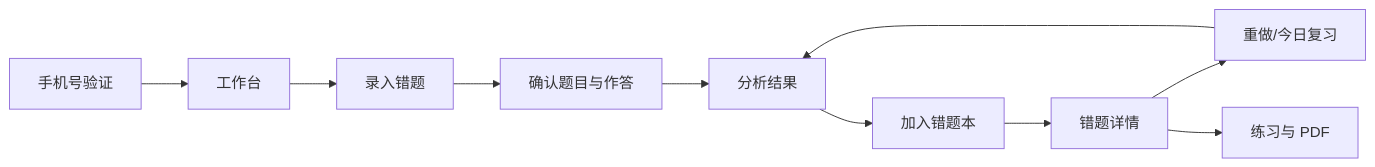
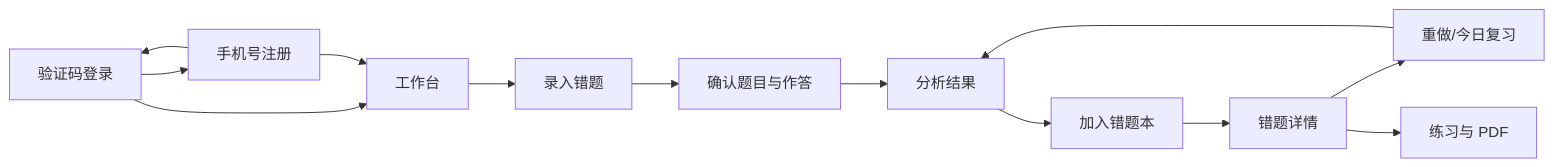
One commit to chjesu/math-error-notebook-web changed the diagram in docs/10-UX-UI-INTERACTION-DESIGN.md. Above: the diagram before and after it, drawn with Mermaid. The commit also changed other lines of this file and 16 other files, not shown here.

Commit message:
docs: redesign login and registration product flow

````diff
--- a/docs/10-UX-UI-INTERACTION-DESIGN.md
+++ b/docs/10-UX-UI-INTERACTION-DESIGN.md
@@ -55,12 +55,15 @@
 ```mermaid
 flowchart LR
-    AUTH[手机号验证] --> HOME[工作台]
+    LOGIN[验证码登录] --> HOME[工作台]
+    LOGIN --> REGISTER[手机号注册]
+    REGISTER --> LOGIN
+    REGISTER --> HOME
     HOME --> INTAKE[录入错题]
     INTAKE --> CONFIRM[确认题目与作答]
     CONFIRM --> GRADE[分析结果]
     GRADE --> COMMIT[加入错题本]
     COMMIT --> DETAIL[错题详情]
     DETAIL --> REVIEW[重做/今日复习]
     REVIEW --> GRADE
     DETAIL --> PRACTICE[练习与 PDF]
 ```
````
